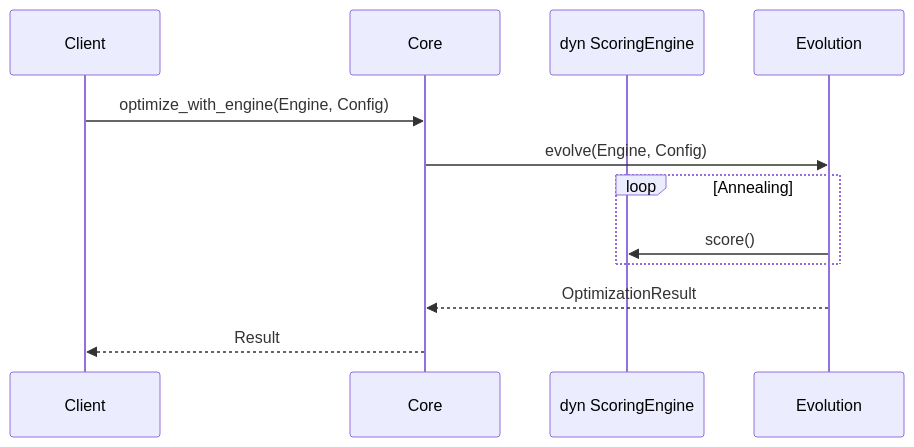
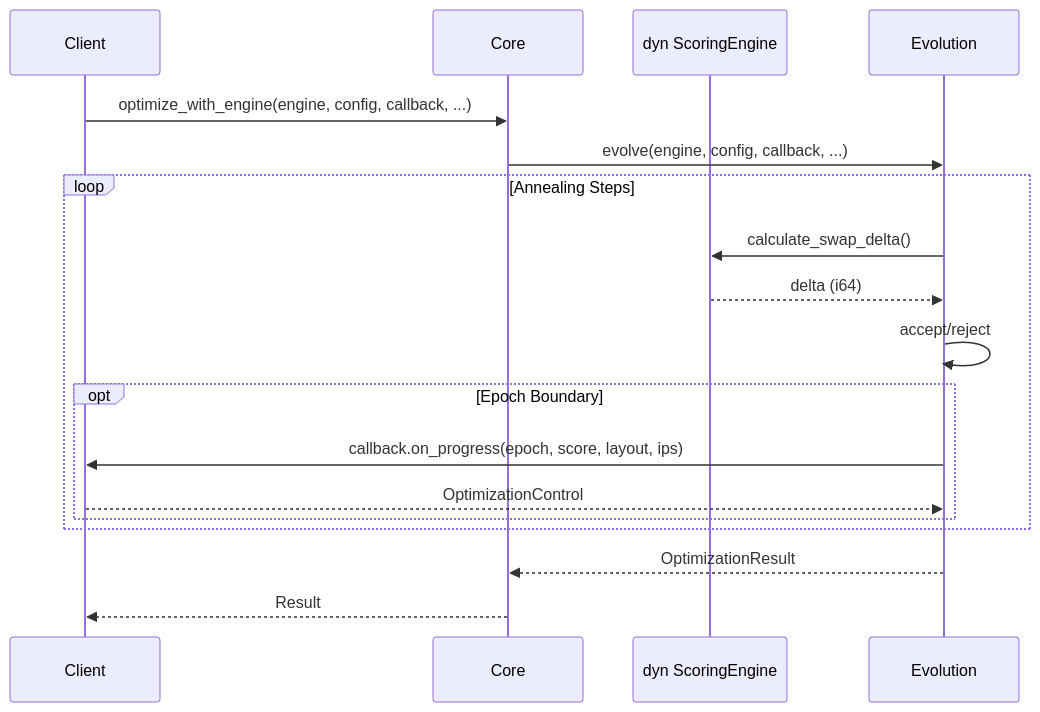
Before and after one commit to infodungeon/keyforge: the fourth of 4 diagrams in docs/design/keyforge-core/README.md, drawn with Mermaid. The commit also changed other lines of this file and 82 other files, not shown here.

````diff
--- a/docs/design/keyforge-core/README.md
+++ b/docs/design/keyforge-core/README.md
@@ -14,18 +103,24 @@
 ```mermaid
 sequenceDiagram
     participant Client
     participant Core
     participant Physics as dyn ScoringEngine
     participant Evo as Evolution
 
-    Client->>Core: optimize_with_engine(Engine, Config)
+    Client->>Core: optimize_with_engine(engine, config, callback, ...)
+    Core->>Evo: evolve(engine, config, callback, ...)
     
-    Core->>Evo: evolve(Engine, Config)
-    
-    loop Annealing
-        Evo->>Physics: score()
+    loop Annealing Steps
+        Evo->>Physics: calculate_swap_delta()
+        Physics-->>Evo: delta (i64)
+        Evo->>Evo: accept/reject
+        
+        opt Epoch Boundary
+            Evo->>Client: callback.on_progress(epoch, score, layout, ips)
+            Client-->>Evo: OptimizationControl
+        end
     end
     
     Evo-->>Core: OptimizationResult
     Core-->>Client: Result
 ```
````
